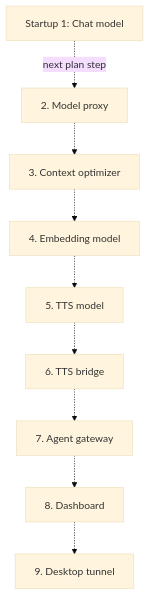
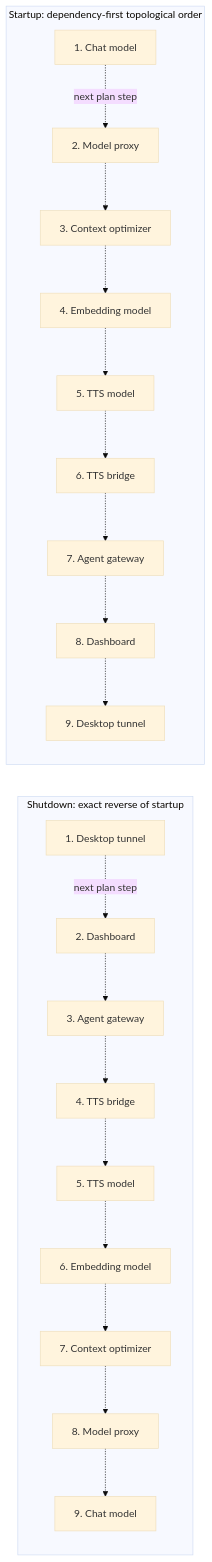
Before and after one commit to unixwzrd/LLM-Ops-Kit: the fourth of 5 diagrams in docs/llm-ops-kit-engineering-evidence.md, drawn with Mermaid (base theme). The commit also changed other lines of this file, not shown here.

Commit message:
Stack lifecycle subgraphs vertically

````diff
--- a/docs/llm-ops-kit-engineering-evidence.md
+++ b/docs/llm-ops-kit-engineering-evidence.md
@@ -114,11 +114,28 @@
 ```mermaid
 flowchart TB
-    S1["Startup 1: Chat model"] -. "next plan step" .-> S2["2. Model proxy"]
-    S2 -.-> S3["3. Context optimizer"]
-    S3 -.-> S4["4. Embedding model"]
-    S4 -.-> S5["5. TTS model"]
-    S5 -.-> S6["6. TTS bridge"]
-    S6 -.-> S7["7. Agent gateway"]
-    S7 -.-> S8["8. Dashboard"]
-    S8 -.-> S9["9. Desktop tunnel"]
+    subgraph Startup["Startup: dependency-first topological order"]
+        direction TB
+        S1["1. Chat model"] -. "next plan step" .-> S2["2. Model proxy"]
+        S2 -.-> S3["3. Context optimizer"]
+        S3 -.-> S4["4. Embedding model"]
+        S4 -.-> S5["5. TTS model"]
+        S5 -.-> S6["6. TTS bridge"]
+        S6 -.-> S7["7. Agent gateway"]
+        S7 -.-> S8["8. Dashboard"]
+        S8 -.-> S9["9. Desktop tunnel"]
+    end
+
+    subgraph Shutdown["Shutdown: exact reverse of startup"]
+        direction TB
+        X9["1. Desktop tunnel"] -. "next plan step" .-> X8["2. Dashboard"]
+        X8 -.-> X7["3. Agent gateway"]
+        X7 -.-> X6["4. TTS bridge"]
+        X6 -.-> X5["5. TTS model"]
+        X5 -.-> X4["6. Embedding model"]
+        X4 -.-> X3["7. Context optimizer"]
+        X3 -.-> X2["8. Model proxy"]
+        X2 -.-> X1["9. Chat model"]
+    end
+
+    S9 ~~~ X9
 ```
````
